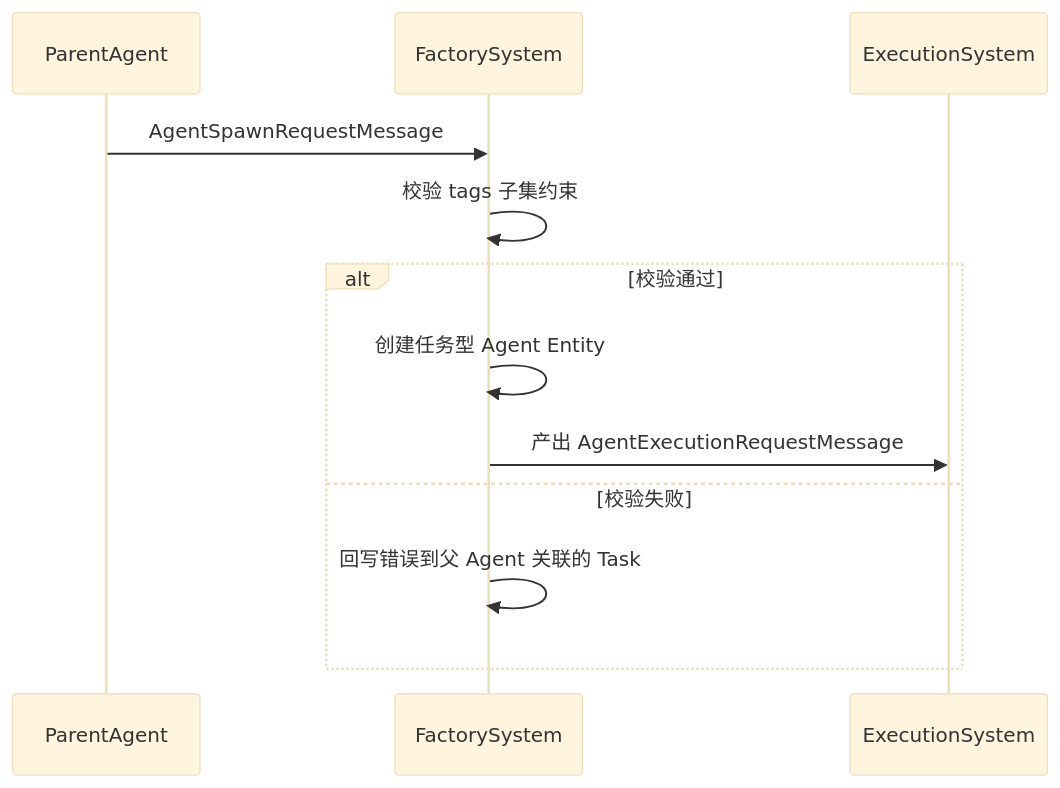
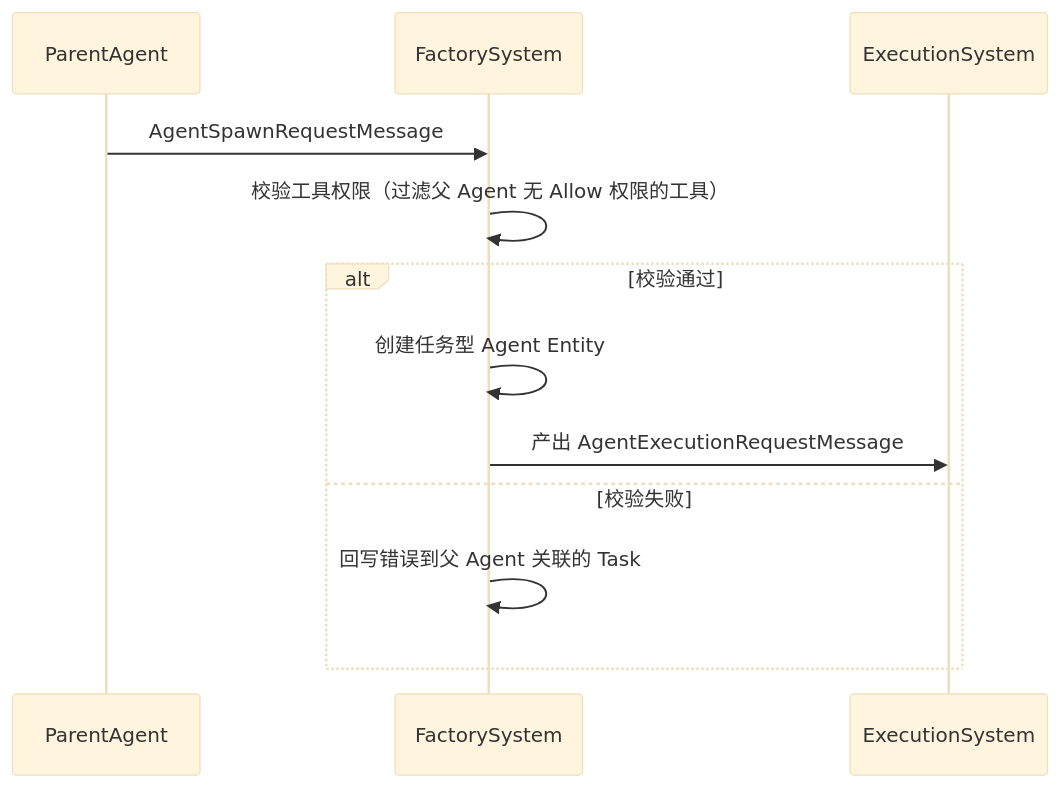
Before and after one commit to diaters/AH: the first of 3 diagrams in docs/design/2026-05-16-multi-agent-design.md, drawn with Mermaid (base theme). The commit also changed other lines of this file and 3 other files, not shown here.

````diff
--- a/docs/design/2026-05-16-multi-agent-design.md
+++ b/docs/design/2026-05-16-multi-agent-design.md
@@ -185,15 +189,15 @@
 ```mermaid
 sequenceDiagram
     participant ParentAgent
     participant FactorySystem
     participant ExecutionSystem
 
     ParentAgent->>FactorySystem: AgentSpawnRequestMessage
-    FactorySystem->>FactorySystem: 校验 tags 子集约束
+    FactorySystem->>FactorySystem: 校验工具权限（过滤父 Agent 无 Allow 权限的工具）
     alt 校验通过
         FactorySystem->>FactorySystem: 创建任务型 Agent Entity
         FactorySystem->>ExecutionSystem: 产出 AgentExecutionRequestMessage
     else 校验失败
         FactorySystem->>FactorySystem: 回写错误到父 Agent 关联的 Task
     end
 ```
````
